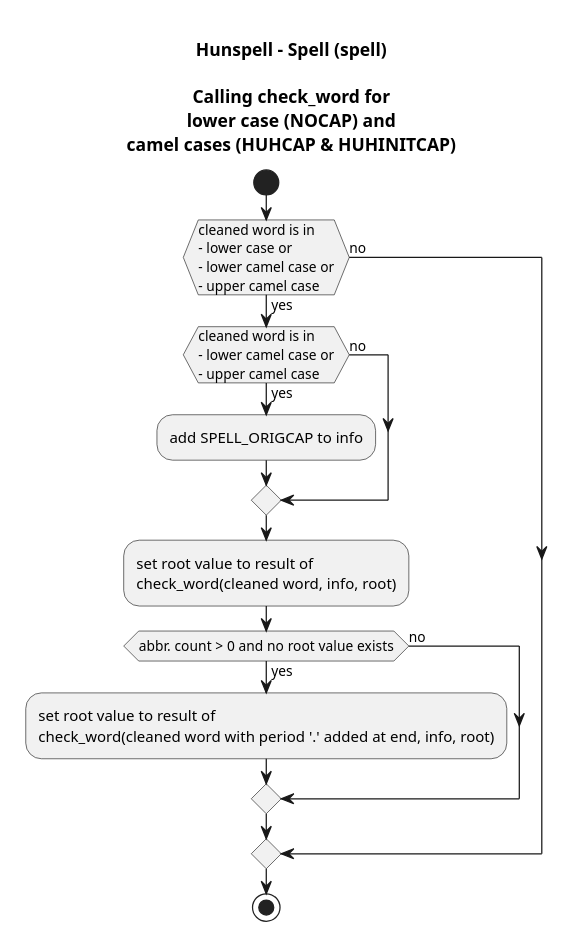
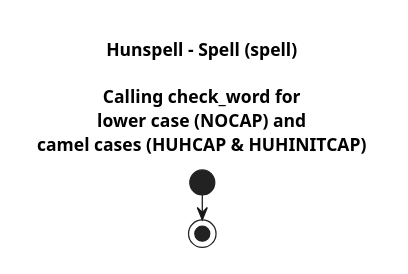
Before and after one commit to nuspell/misc-nuspell: the diagram in uml/plantuml/spell-lower-camel-activity-diagram.pu, drawn with PlantUML. The commit also changed 6 other files, not shown here.

```diff
--- a/uml/plantuml/spell-lower-camel-activity-diagram.pu
+++ b/uml/plantuml/spell-lower-camel-activity-diagram.pu
@@ -1,23 +1,10 @@
 @startuml
 skinparam backgroundcolor White|White
 
 title Hunspell - Spell (spell)\n\nCalling check_word for\nlower case (NOCAP) and\ncamel cases (HUHCAP & HUHINITCAP)
 
 start
 
-if (cleaned word is in\n- lower case or\n- lower camel case or\n- upper camel case) then (yes)
-	if (cleaned word is in\n- lower camel case or\n- upper camel case) then (yes)
-		:add SPELL_ORIGCAP to info;
-	else (no)
-	endif
-	:set root value to result of\ncheck_word(cleaned word, info, root);
-	if (abbr. count > 0 and no root value exists) then (yes)
-		:set root value to result of\ncheck_word(cleaned word with period '.' added at end, info, root);
-	else (no)
-	endif
-else (no)
-endif
-
 stop
 
 @enduml
```
